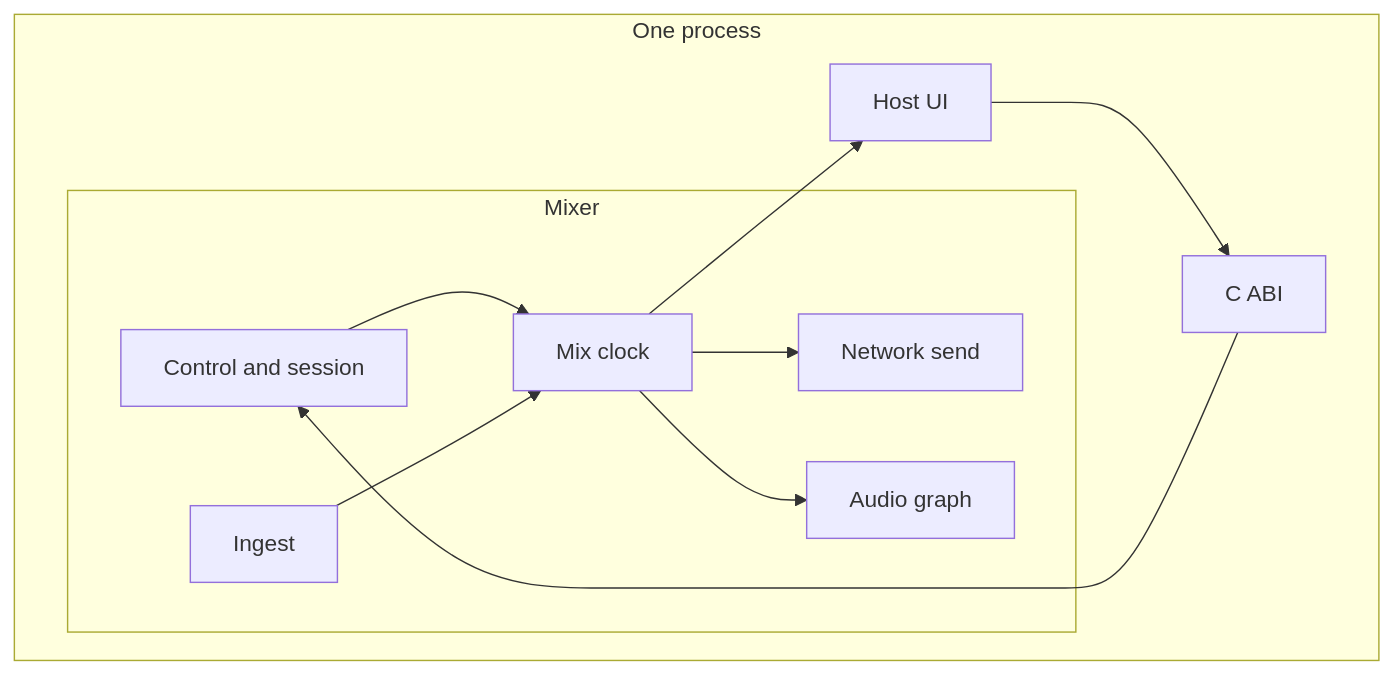
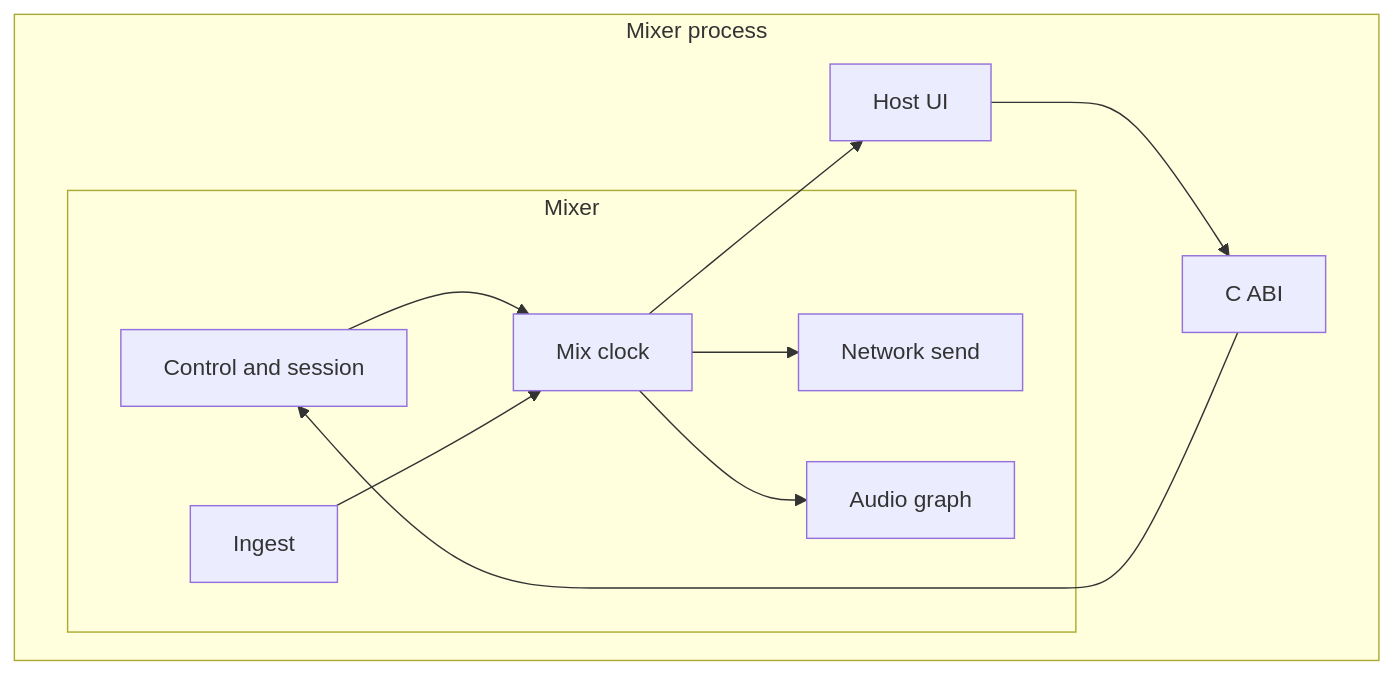
One commit to MikanseiLaboratory/eiviz changed the first of 7 diagrams in docs/src/content/docs/en/introduction/architecture.md. Above: the diagram before and after it, drawn with Mermaid. The commit also changed other lines of this file and 60 other files, not shown here.

````diff
--- a/docs/src/content/docs/en/introduction/architecture.md
+++ b/docs/src/content/docs/en/introduction/architecture.md
@@ -18,20 +20,20 @@
 ```mermaid
 flowchart TB
-  subgraph proc["One process"]
+  subgraph proc["Mixer process"]
     host["Host UI"]
     abi["C ABI"]
     subgraph mixer["Mixer"]
       ctrl["Control and session"]
       clock["Mix clock"]
       ingest["Ingest"]
       send["Network send"]
       audio["Audio graph"]
     end
   end
   host --> abi --> ctrl
   ctrl --> clock
   ingest --> clock
   clock --> send
   clock --> audio
   clock --> host
 ```
````
